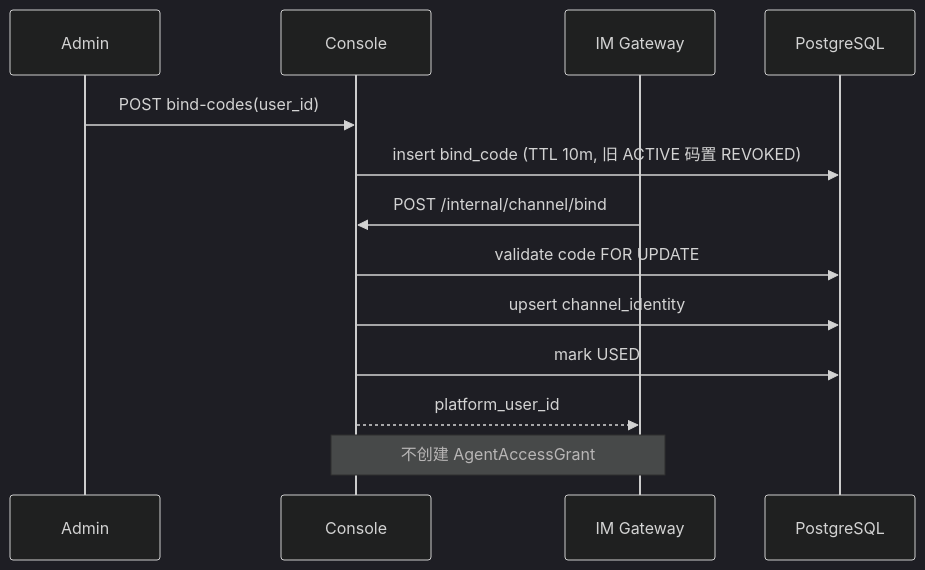
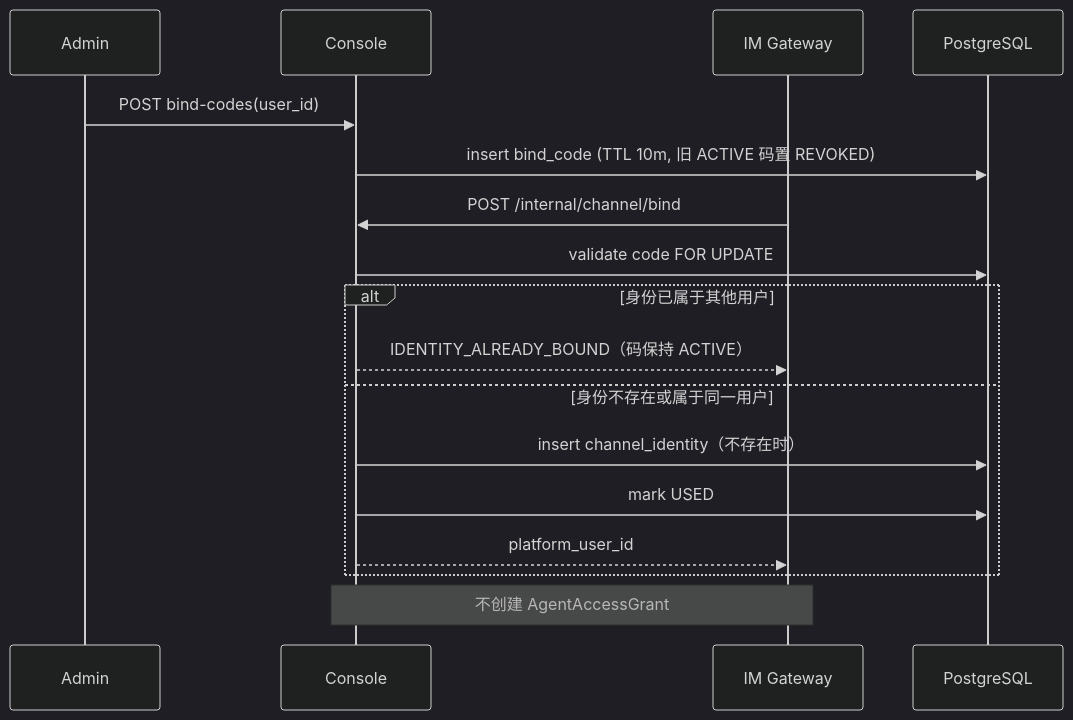
The first of 2 diagrams in .code-flow/tasks/archived/2026-09-17/02-user-identity/02-user-identity.backend.design.md (Michaelxwb/fluxion-harness), drawn with Mermaid (dark theme) before and after one commit. The commit also changed other lines of this file and 186 other files, not shown here.

````diff
--- a/.code-flow/tasks/archived/2026-09-17/02-user-identity/02-user-identity.backend.design.md
+++ b/.code-flow/tasks/archived/2026-09-17/02-user-identity/02-user-identity.backend.design.md
@@ -138,15 +139,19 @@
 ```mermaid
 sequenceDiagram
   participant A as Admin
   participant C as Console
   participant G as IM Gateway
   participant DB as PostgreSQL
   A->>C: POST bind-codes(user_id)
   C->>DB: insert bind_code (TTL 10m, 旧 ACTIVE 码置 REVOKED)
   G->>C: POST /internal/channel/bind
   C->>DB: validate code FOR UPDATE
-  C->>DB: upsert channel_identity
-  C->>DB: mark USED
-  C-->>G: platform_user_id
+  alt 身份已属于其他用户
+    C-->>G: IDENTITY_ALREADY_BOUND（码保持 ACTIVE）
+  else 身份不存在或属于同一用户
+    C->>DB: insert channel_identity（不存在时）
+    C->>DB: mark USED
+    C-->>G: platform_user_id
+  end
   Note over C,G: 不创建 AgentAccessGrant
 ```
````
